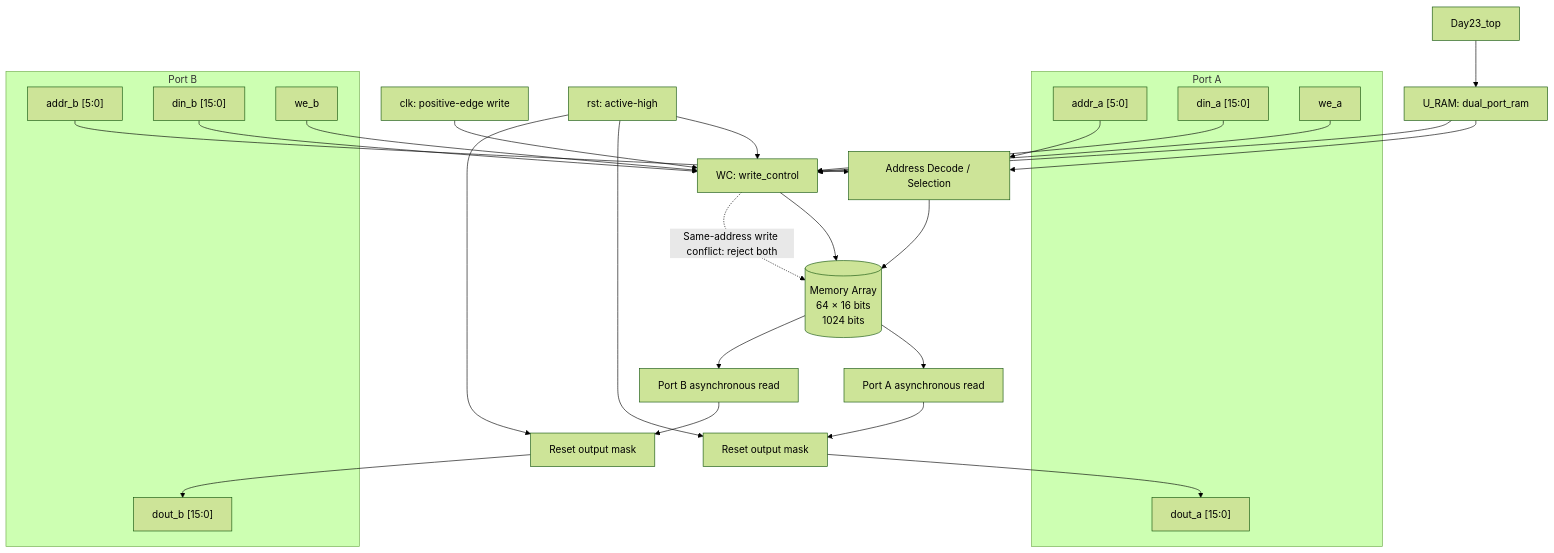
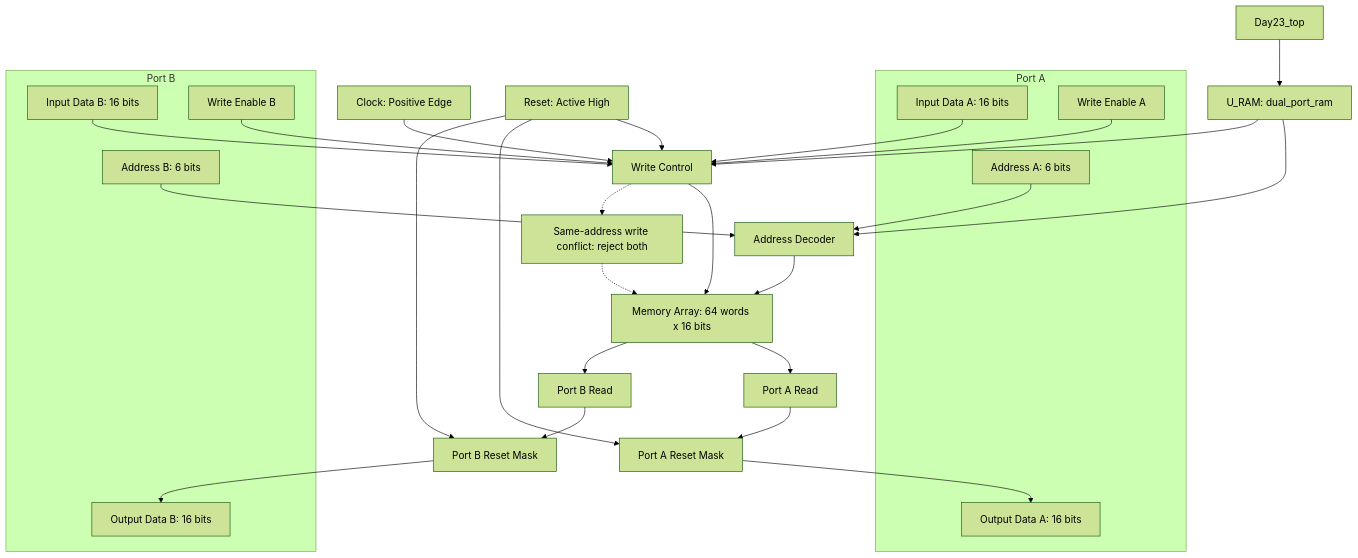
The diagram in README.md (Omkar-hadapad/day23-dual-port-ram-verilog-genus), drawn with Mermaid (forest theme) before and after one commit. The commit also changed other lines of this file, not shown here.

````diff
--- a/README.md
+++ b/README.md
@@ -99,46 +101,48 @@
 ```mermaid
-flowchart TB
+graph TD
     TOP["Day23_top"] --> RAM["U_RAM: dual_port_ram"]
 
-    subgraph PA["Port A"]
-        AA["addr_a [5:0]"]
-        DA["din_a [15:0]"]
-        WA["we_a"]
-        OA["dout_a [15:0]"]
+    subgraph PORT_A["Port A"]
+        AA["Address A: 6 bits"]
+        DA["Input Data A: 16 bits"]
+        WA["Write Enable A"]
+        OA["Output Data A: 16 bits"]
     end
 
-    subgraph PB["Port B"]
-        AB["addr_b [5:0]"]
-        DB["din_b [15:0]"]
-        WB["we_b"]
-        OB["dout_b [15:0]"]
+    subgraph PORT_B["Port B"]
+        AB["Address B: 6 bits"]
+        DB["Input Data B: 16 bits"]
+        WB["Write Enable B"]
+        OB["Output Data B: 16 bits"]
     end
 
-    RAM --> DEC["Address Decode / Selection"]
-    RAM --> WC["WC: write_control"]
-    DEC --> MEM[("Memory Array<br/>64 × 16 bits<br/>1024 bits")]
+    RAM --> DEC["Address Decoder"]
+    RAM --> WC["Write Control"]
+
+    DEC --> MEM["Memory Array: 64 words x 16 bits"]
     WC --> MEM
 
     AA --> DEC
     AB --> DEC
     DA --> WC
     DB --> WC
     WA --> WC
     WB --> WC
 
-    MEM --> RA["Port A asynchronous read"]
-    MEM --> RB["Port B asynchronous read"]
-    RA --> MA["Reset output mask"]
-    RB --> MB["Reset output mask"]
+    MEM --> RA["Port A Read"]
+    MEM --> RB["Port B Read"]
+
+    RA --> MA["Port A Reset Mask"]
+    RB --> MB["Port B Reset Mask"]
+
     MA --> OA
     MB --> OB
 
-    CLK["clk: positive-edge write"]
-    RST["rst: active-high"]
-    CLK --> WC
-    RST --> WC
+    CLK["Clock: Positive Edge"] --> WC
+    RST["Reset: Active High"] --> WC
     RST --> MA
     RST --> MB
 
-    WC -. "Same-address write conflict: reject both" .-> MEM
+    WC -.-> CONFLICT["Same-address write conflict: reject both"]
+    CONFLICT -.-> MEM
 ```
````
